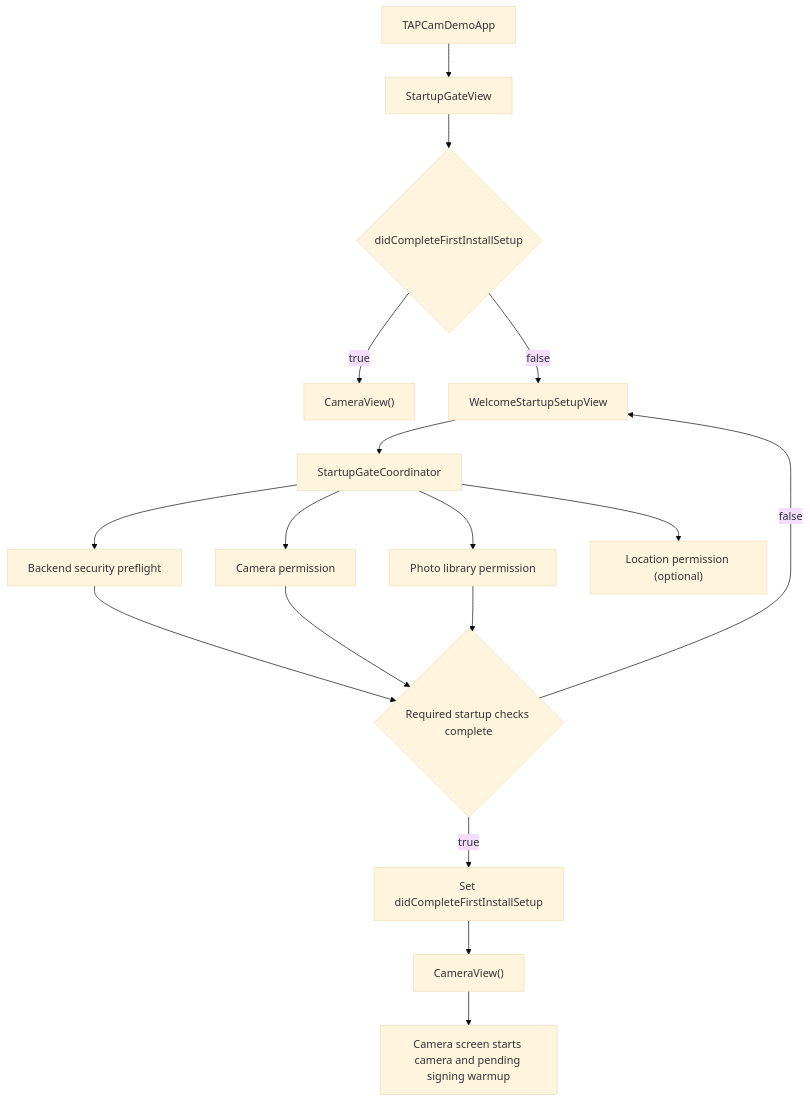
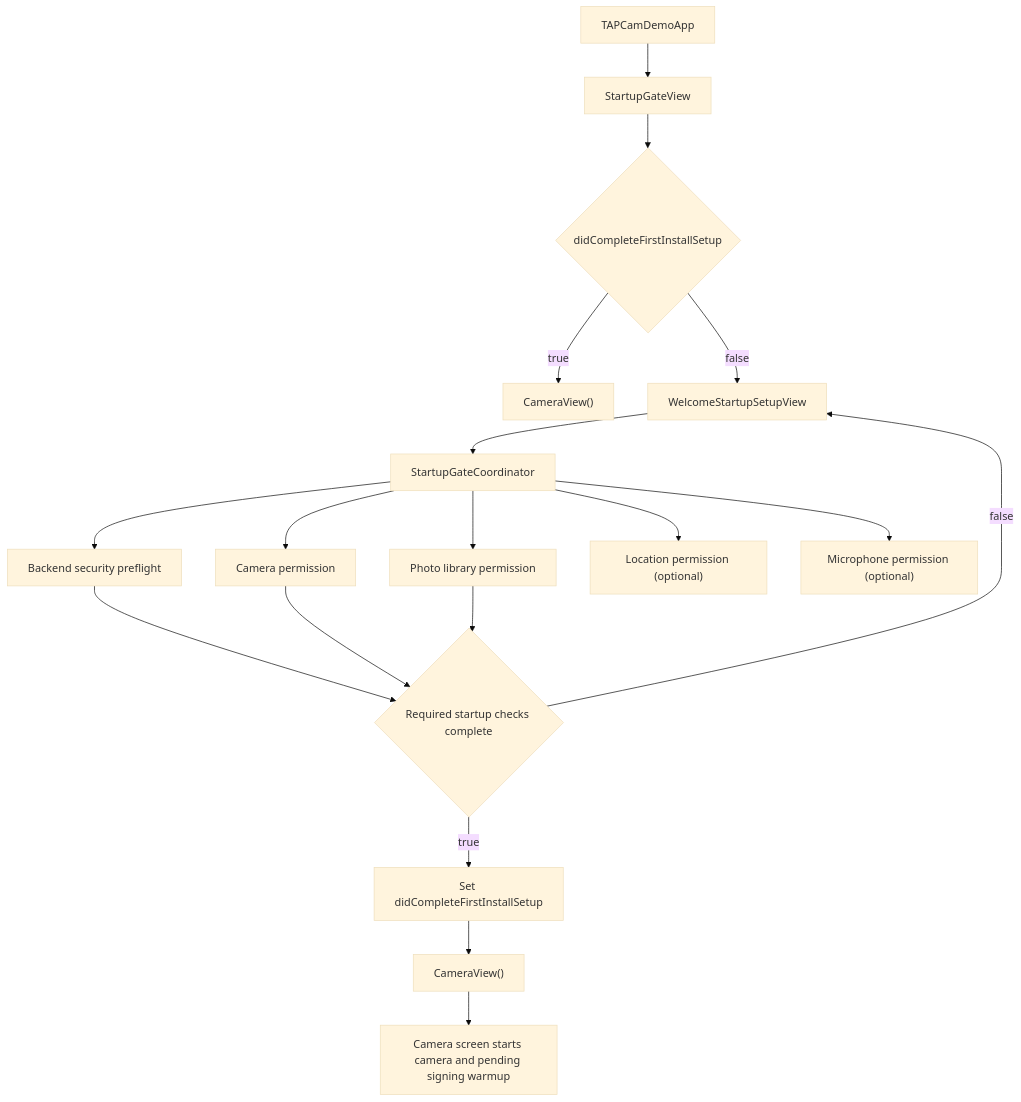
One commit to TAP-NAP/TAPCamDemo changed the diagram in Docs/Startup/FirstLaunch.md. Above: the diagram before and after it, drawn with Mermaid (base theme). The commit also changed other lines of this file and 24 other files, not shown here.

Commit message:
Add microphone to startup permissions flow

````diff
--- a/Docs/Startup/FirstLaunch.md
+++ b/Docs/Startup/FirstLaunch.md
@@ -9,19 +9,20 @@
 ```mermaid
 flowchart TD
     A["TAPCamDemoApp"] --> B["StartupGateView"]
     B --> C{"didCompleteFirstInstallSetup"}
     C -- "true" --> D["CameraView()"]
     C -- "false" --> E["WelcomeStartupSetupView"]
     E --> F["StartupGateCoordinator"]
     F --> G["Backend security preflight"]
     F --> H["Camera permission"]
     F --> I["Photo library permission"]
     F --> J["Location permission (optional)"]
+    F --> O["Microphone permission (optional)"]
     G --> K{"Required startup checks complete"}
     H --> K
     I --> K
     K -- "false" --> E
     K -- "true" --> L["Set didCompleteFirstInstallSetup"]
     L --> M["CameraView()"]
     M --> N["Camera screen starts camera and pending signing warmup"]
 ```
````
